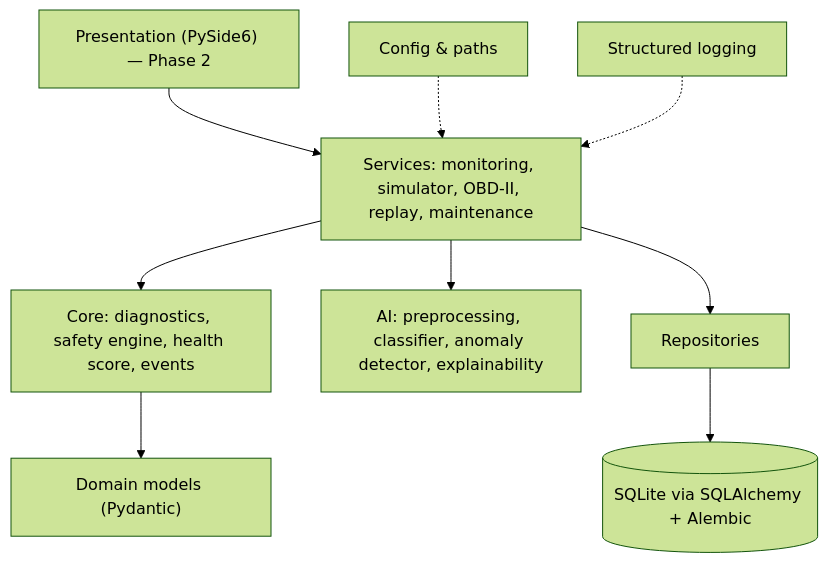
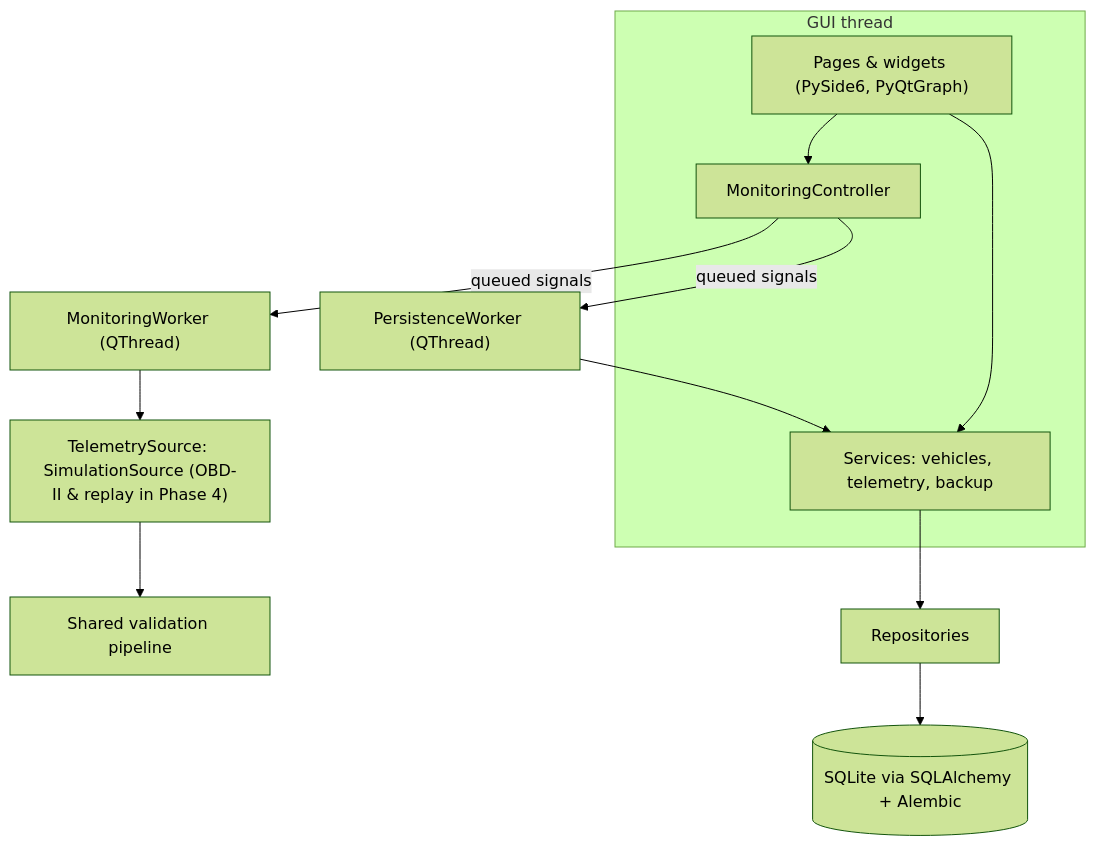
The diagram in README.md (Hiranya-Bandara/SmartDrive-Guardian-AI), drawn with Mermaid (forest theme) before and after one commit. The commit also changed other lines of this file and 84 other files, not shown here.

````diff
--- a/README.md
+++ b/README.md
@@ -56,11 +84,13 @@
 ```mermaid
 flowchart TB
-    UI["Presentation (PySide6) — Phase 2"] --> SVC["Services: monitoring, simulator, OBD-II, replay, maintenance"]
-    SVC --> CORE["Core: diagnostics, safety engine, health score, events"]
-    SVC --> AI["AI: preprocessing, classifier, anomaly detector, explainability"]
-    SVC --> REPO["Repositories"]
-    CORE --> MODELS["Domain models (Pydantic)"]
-    REPO --> DB[("SQLite via SQLAlchemy + Alembic")]
-    CFG["Config & paths"] -.-> SVC
-    LOG["Structured logging"] -.-> SVC
+    subgraph GUI thread
+      UI["Pages & widgets (PySide6, PyQtGraph)"] --> MC["MonitoringController"]
+      UI --> SVC["Services: vehicles, telemetry, backup"]
+    end
+    MC -- "queued signals" --> MW["MonitoringWorker (QThread)"]
+    MC -- "queued signals" --> PW["PersistenceWorker (QThread)"]
+    MW --> SRC["TelemetrySource: SimulationSource (OBD-II & replay in Phase 4)"]
+    SRC --> VAL["Shared validation pipeline"]
+    PW --> SVC
+    SVC --> REPO["Repositories"] --> DB[("SQLite via SQLAlchemy + Alembic")]
 ```
````
